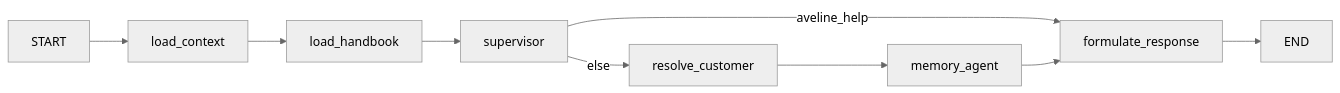
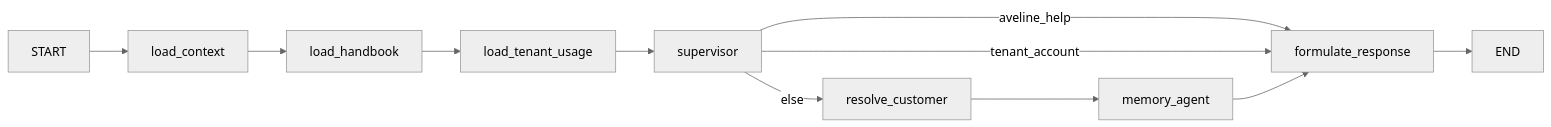
One commit to KavinduNirmal/aveline changed the diagram in docs/architecture/handbook.md. Above: the diagram before and after it, drawn with Mermaid (neutral theme). The commit also changed other lines of this file and 22 other files, not shown here.

````diff
--- a/docs/architecture/handbook.md
+++ b/docs/architecture/handbook.md
@@ -125,7 +125,8 @@
 ```mermaid
 flowchart LR
-    START --> load_context --> load_handbook --> supervisor
+    START --> load_context --> load_handbook --> load_tenant_usage --> supervisor
     supervisor -->|aveline_help| formulate_response
+    supervisor -->|tenant_account| formulate_response
     supervisor -->|else| resolve_customer --> memory_agent --> formulate_response
     formulate_response --> END
 ```
````
